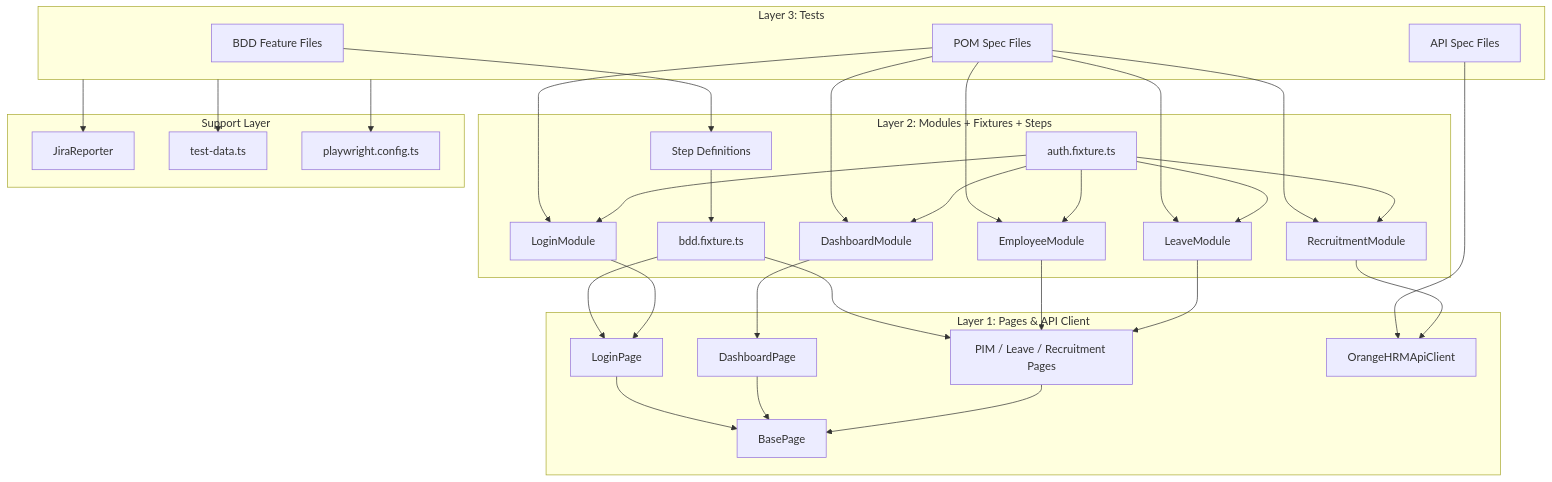
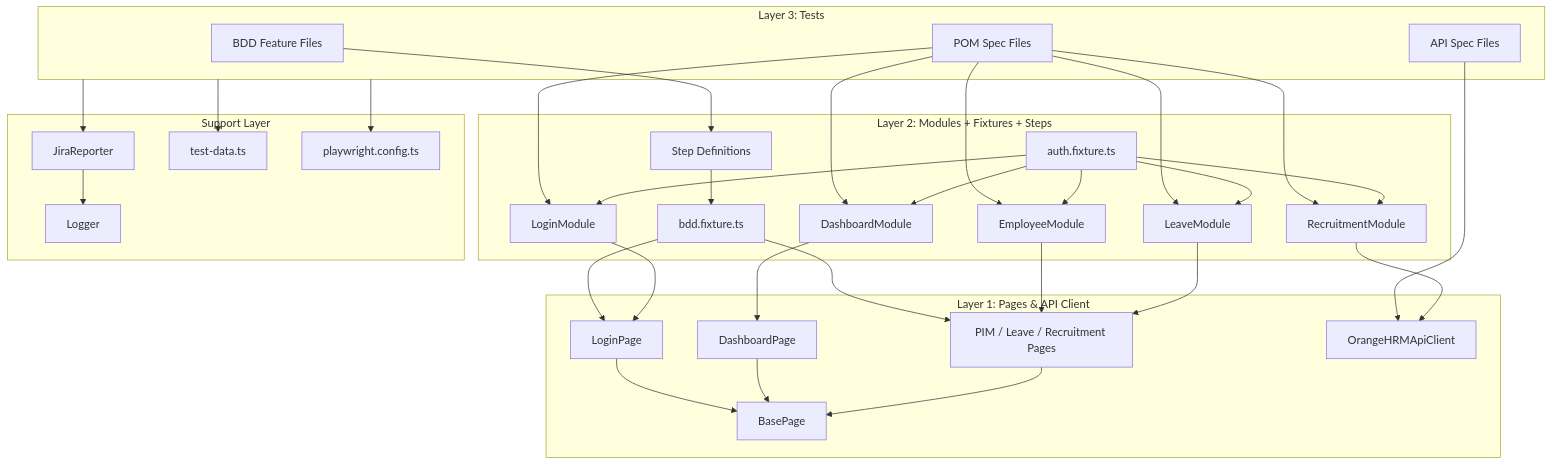
Before and after one commit to tresajohn/playwright-e2e-suite: the first of 3 diagrams in README.md, drawn with Mermaid. The commit also changed other lines of this file, not shown here.

Commit message:
docs: update README with logger, getter locators, Docker, Jenkins, and git hooks

````diff
--- a/README.md
+++ b/README.md
@@ -89,65 +93,67 @@
 ```mermaid
 flowchart TB
     subgraph Tests["Layer 3: Tests"]
         T1[BDD Feature Files]
         T2[POM Spec Files]
         T3[API Spec Files]
     end
 
     subgraph Modules["Layer 2: Modules + Fixtures + Steps"]
         M1[LoginModule]
         M2[EmployeeModule]
         M3[LeaveModule]
         M4[RecruitmentModule]
         M5[DashboardModule]
         F1[auth.fixture.ts]
         F2[bdd.fixture.ts]
         S1[Step Definitions]
     end
 
     subgraph Pages["Layer 1: Pages & API Client"]
         P1[BasePage]
         P2[LoginPage]
         P3[DashboardPage]
         P4[PIM / Leave / Recruitment Pages]
         A1[OrangeHRMApiClient]
     end
 
     subgraph Support["Support Layer"]
         R[JiraReporter]
+        L[Logger]
         U[test-data.ts]
         C[playwright.config.ts]
     end
 
+    R --> L
     T1 --> S1
     T2 --> M1
     T2 --> M2
     T2 --> M3
     T2 --> M4
     T2 --> M5
     T3 --> A1
 
     S1 --> F2
     F2 --> P2
     F2 --> P4
 
     F1 --> M1
     F1 --> M2
     F1 --> M3
     F1 --> M4
     F1 --> M5
 
     M1 --> P2
     M2 --> P4
     M3 --> P4
     M4 --> A1
     M5 --> P3
 
     P2 --> P1
     P3 --> P1
     P4 --> P1
 
     Tests --> U
     Tests --> C
     Tests --> R
 ```
````
